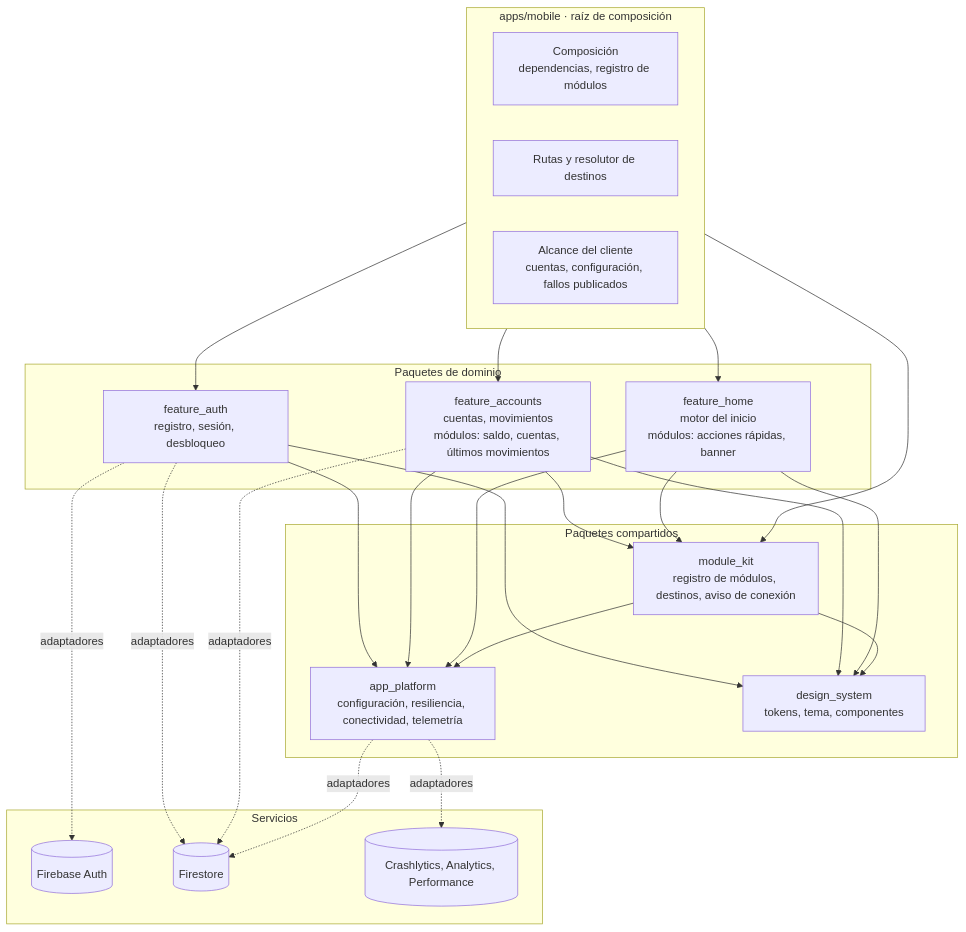
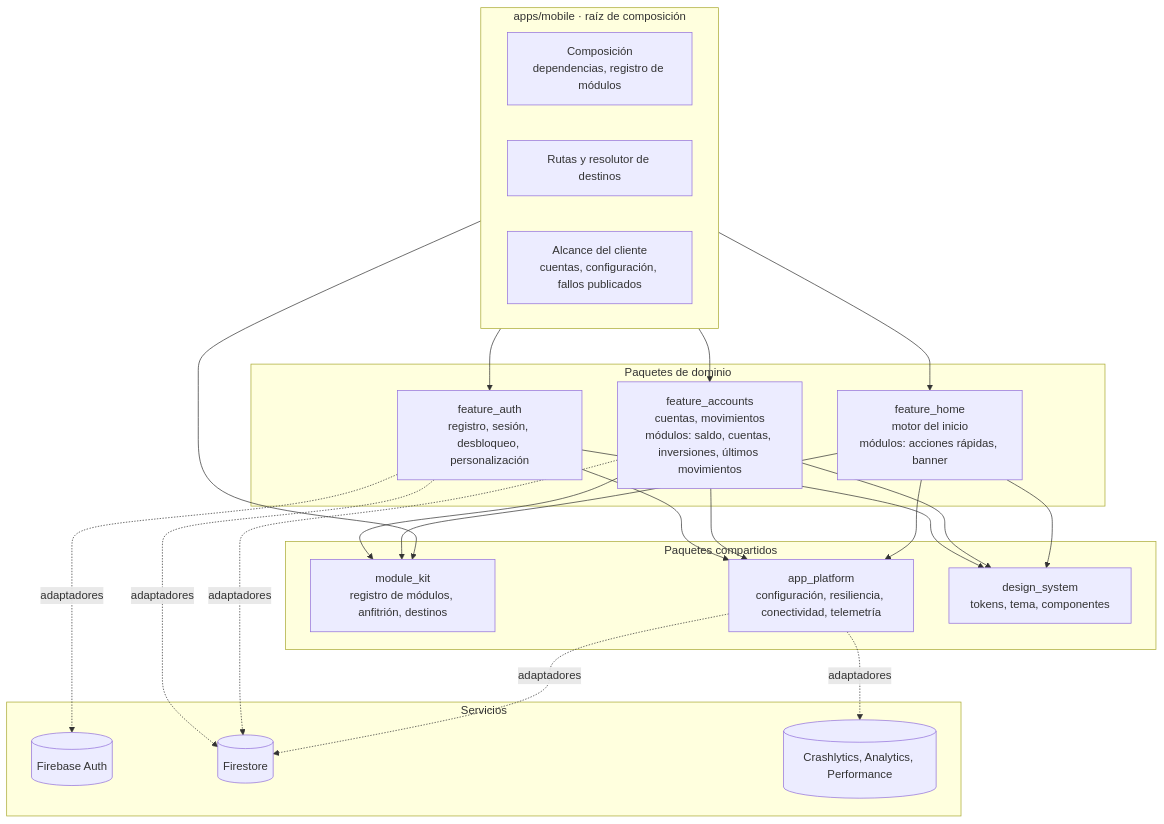
One commit to hveitia/flutter_senior_dev_challenge_bi changed the first of 3 diagrams in docs/arquitectura/componentes.md. Above: the diagram before and after it, drawn with Mermaid. The commit also changed other lines of this file and 6 other files, not shown here.

````diff
--- a/docs/arquitectura/componentes.md
+++ b/docs/arquitectura/componentes.md
@@ -7,48 +7,46 @@
 ```mermaid
 flowchart TB
   subgraph app[apps/mobile · raíz de composición]
     composicion[Composición<br/>dependencias, registro de módulos]
     rutas[Rutas y resolutor de destinos]
     alcance[Alcance del cliente<br/>cuentas, configuración, fallos publicados]
   end
 
   subgraph dominios[Paquetes de dominio]
-    auth[feature_auth<br/>registro, sesión, desbloqueo]
-    accounts[feature_accounts<br/>cuentas, movimientos<br/>módulos: saldo, cuentas, últimos movimientos]
+    auth[feature_auth<br/>registro, sesión, desbloqueo, personalización]
+    accounts[feature_accounts<br/>cuentas, movimientos<br/>módulos: saldo, cuentas, inversiones, últimos movimientos]
     home[feature_home<br/>motor del inicio<br/>módulos: acciones rápidas, banner]
   end
 
   subgraph base[Paquetes compartidos]
-    kit[module_kit<br/>registro de módulos, destinos, aviso de conexión]
+    kit[module_kit<br/>registro de módulos, anfitrión, destinos]
     platform[app_platform<br/>configuración, resiliencia, conectividad, telemetría]
     ds[design_system<br/>tokens, tema, componentes]
   end
 
   subgraph externos[Servicios]
     fauth[(Firebase Auth)]
     fs[(Firestore)]
     obs[(Crashlytics, Analytics, Performance)]
   end
 
   app --> auth
   app --> accounts
   app --> home
   app --> kit
 
   auth --> platform
   auth --> ds
   accounts --> kit
   accounts --> platform
   accounts --> ds
   home --> kit
   home --> platform
   home --> ds
-  kit --> platform
-  kit --> ds
 
   auth -. adaptadores .-> fauth
   auth -. adaptadores .-> fs
   accounts -. adaptadores .-> fs
   platform -. adaptadores .-> fs
   platform -. adaptadores .-> obs
 ```
````
